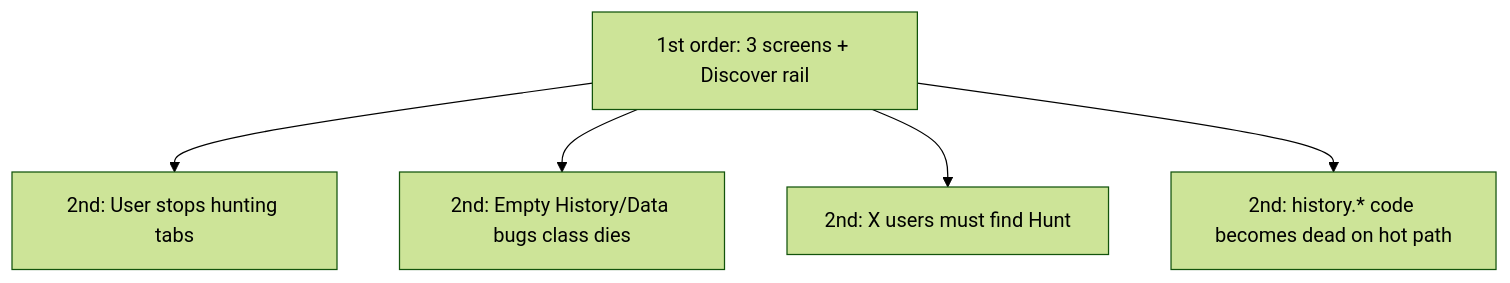
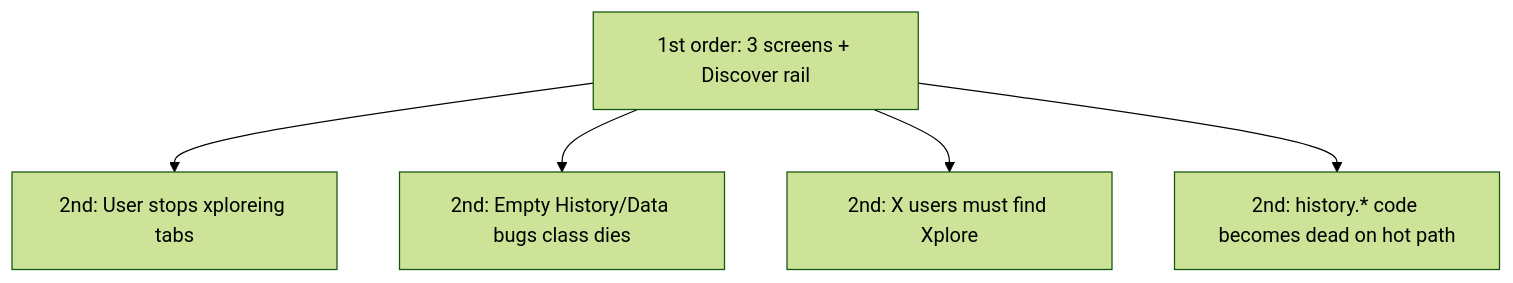
Before and after one commit to p10ns11y/collab-finder: the third of 13 diagrams in reports/single-pr-intuitive-product.md, drawn with Mermaid (forest theme). The commit also changed other lines of this file and 31 other files, not shown here.

First line of the commit message:
chore: deepest clean of legacy terminology (Job/JobTarget -> Opportunity/Target, Hunt -> Xplore)

````diff
--- a/reports/single-pr-intuitive-product.md
+++ b/reports/single-pr-intuitive-product.md
@@ -116,12 +116,12 @@
 ```mermaid
 flowchart TB
   O1["1st order: 3 screens + Discover rail"]
-  O2a["2nd: User stops hunting tabs"]
+  O2a["2nd: User stops xploreing tabs"]
   O2b["2nd: Empty History/Data bugs class dies"]
-  O2c["2nd: X users must find Hunt"]
+  O2c["2nd: X users must find Xplore"]
   O2d["2nd: history.* code becomes dead on hot path"]
   O1 --> O2a
   O1 --> O2b
   O1 --> O2c
   O1 --> O2d
 ```
````
